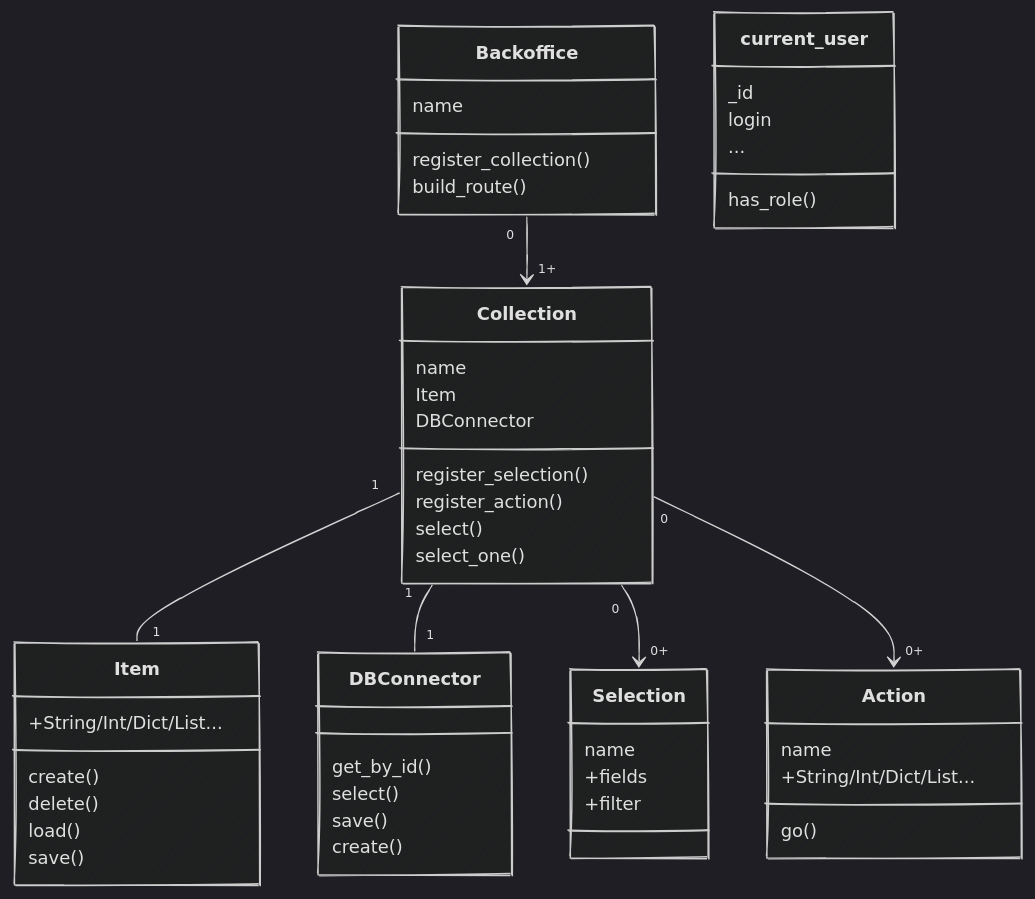
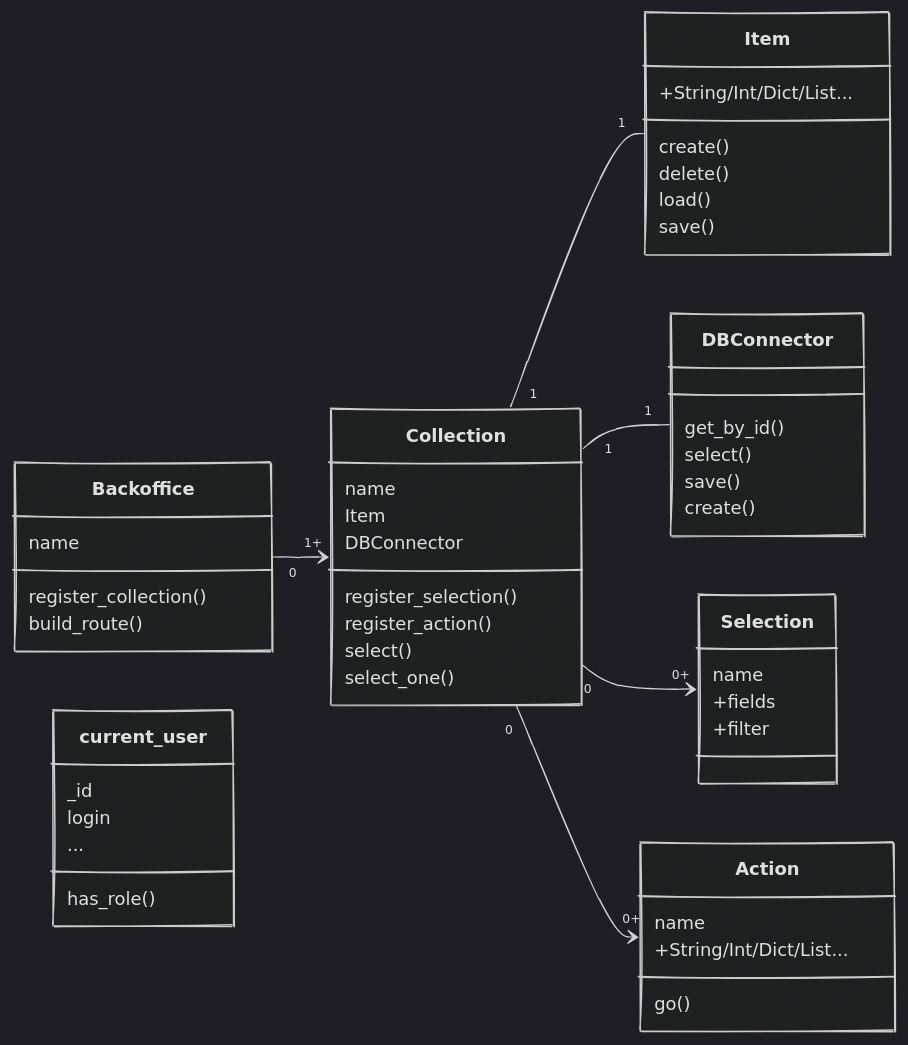
Before and after one commit to backo-stricto/diapo: the sixth of 10 diagrams in slides.md, drawn with Mermaid. The commit also changed other lines of this file and 2 other files, not shown here.

````diff
--- a/slides.md
+++ b/slides.md
@@ -196,57 +584,57 @@
 ```mermaid {scale: 0.5}
 ---
 config:
   look: handDrawn
   theme: dark
 ---
 classDiagram
-    direction TD
+    direction LR
     Backoffice "0" --> "1+" Collection
     Collection "1" -- "1" Item
     Collection "1" -- "1" DBConnector
     Collection "0" --> "0+" Selection
     Collection "0" --> "0+" Action
     class DBConnector{
         get_by_id()
         select()
         save()
         create()
     }
     class Item{
         +String/Int/Dict/List...
         create()
         delete()
         load()
         save()
     }
     class Collection{
         name
         Item
         DBConnector
         register_selection()
         register_action()
         select()
         select_one()
     }
     class Action{
         name
         +String/Int/Dict/List...
         go()
     }
     class Backoffice{
         name
         register_collection()
         build_route()
     }
     class Selection{
         name
         +fields
         +filter
     }
     class current_user{
         _id
         login
         ...
         has_role()
     }
 ```
````
